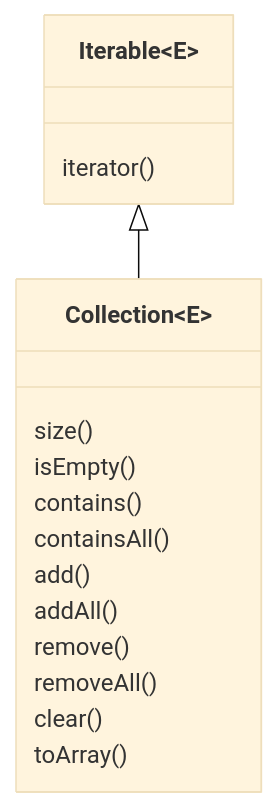
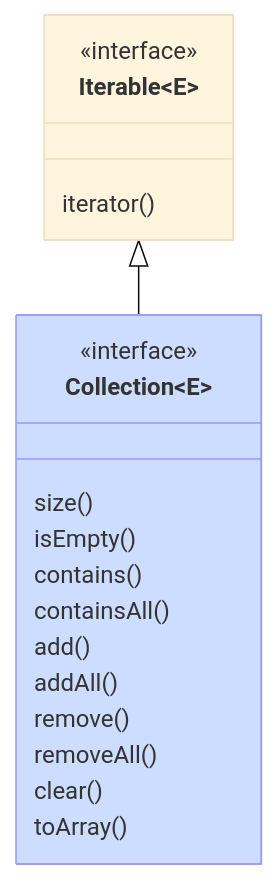
Before and after one commit to KULeuven-Diepenbeek/ses-course: the third of 12 diagrams in content/advjava/collections.md, drawn with Mermaid (base theme). The commit also changed other lines of this file, not shown here.

````diff
--- a/content/advjava/collections.md
+++ b/content/advjava/collections.md
@@ -259,19 +270,22 @@
 ```mermaid
 classDiagram
   Iterable <|-- Collection
   class Iterable["Iterable#lt;E>"] {
+    <<interface>>
     iterator()
   }
   class Collection["Collection#lt;E>"] {
+    <<interface>>
     size()
     isEmpty()
     contains()
     containsAll()
     add()
     addAll()
     remove()
     removeAll()
     clear()
     toArray()
   }
+  style Collection fill:#cdf,stroke:#99f
 ```
````
